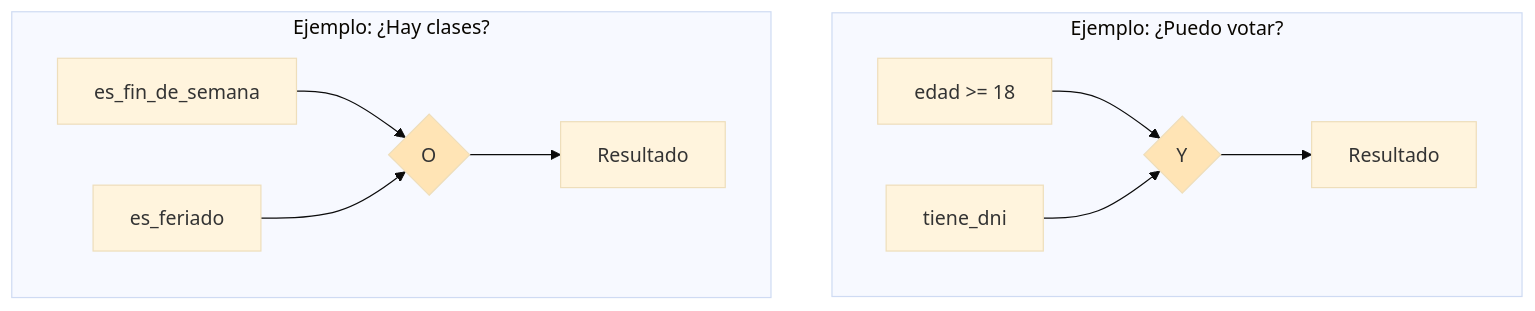
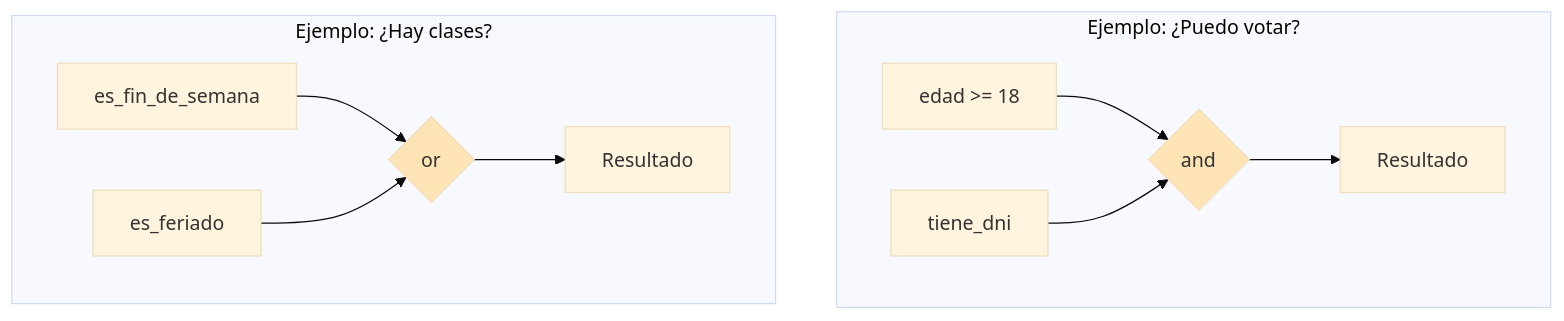
Diagram 14 of 16 in apunte/1_base.md (INGCOM-UNRN-P1/INGCOM-UNRN-P1.github.io), drawn with Mermaid (base theme) before and after one commit. The commit also changed other lines of this file, not shown here.

````diff
--- a/apunte/1_base.md
+++ b/apunte/1_base.md
@@ -1103,17 +1133,17 @@
 ```{mermaid}
 graph TD
     subgraph "Ejemplo: ¿Puedo votar?"
-        E[edad >= 18] --> Y{Y}
+        E[edad >= 18] --> Y{and}
         D[tiene_dni] --> Y
         Y --> R[Resultado]
     end
     
     subgraph "Ejemplo: ¿Hay clases?"
-        F[es_fin_de_semana] --> O{O}
+        F[es_fin_de_semana] --> O{or}
         H[es_feriado] --> O
         O --> R2[Resultado]
     end
     
     style Y fill:#ffe4b5
     style O fill:#ffe4b5
 ```
````
